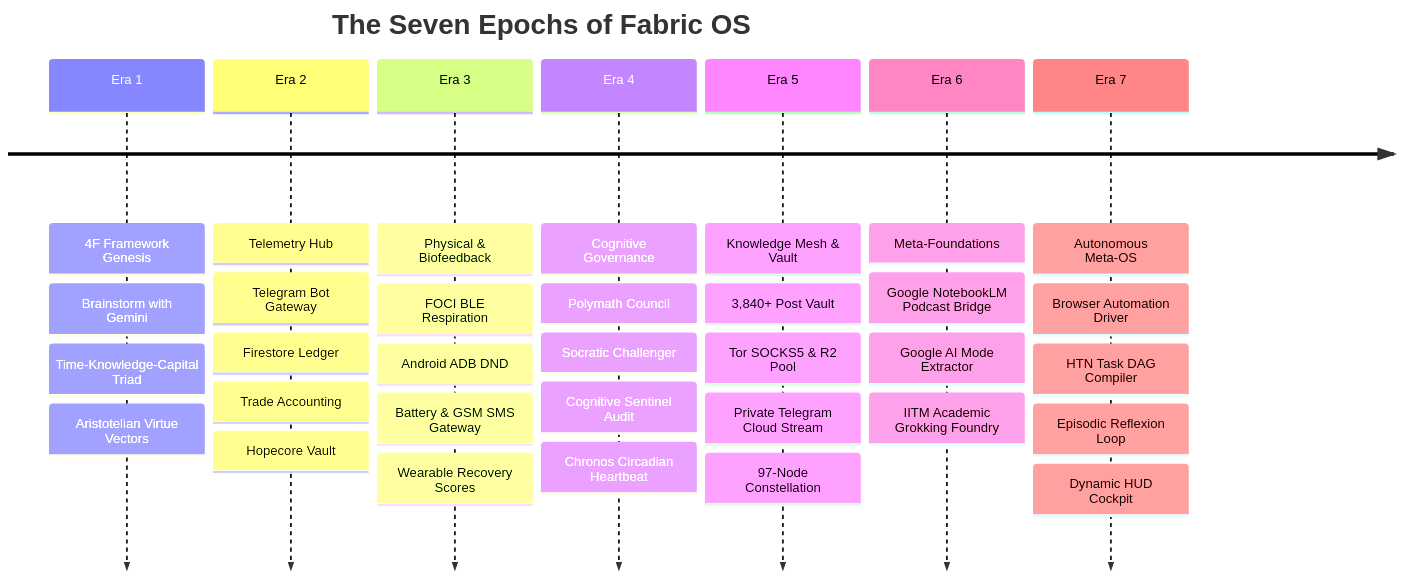
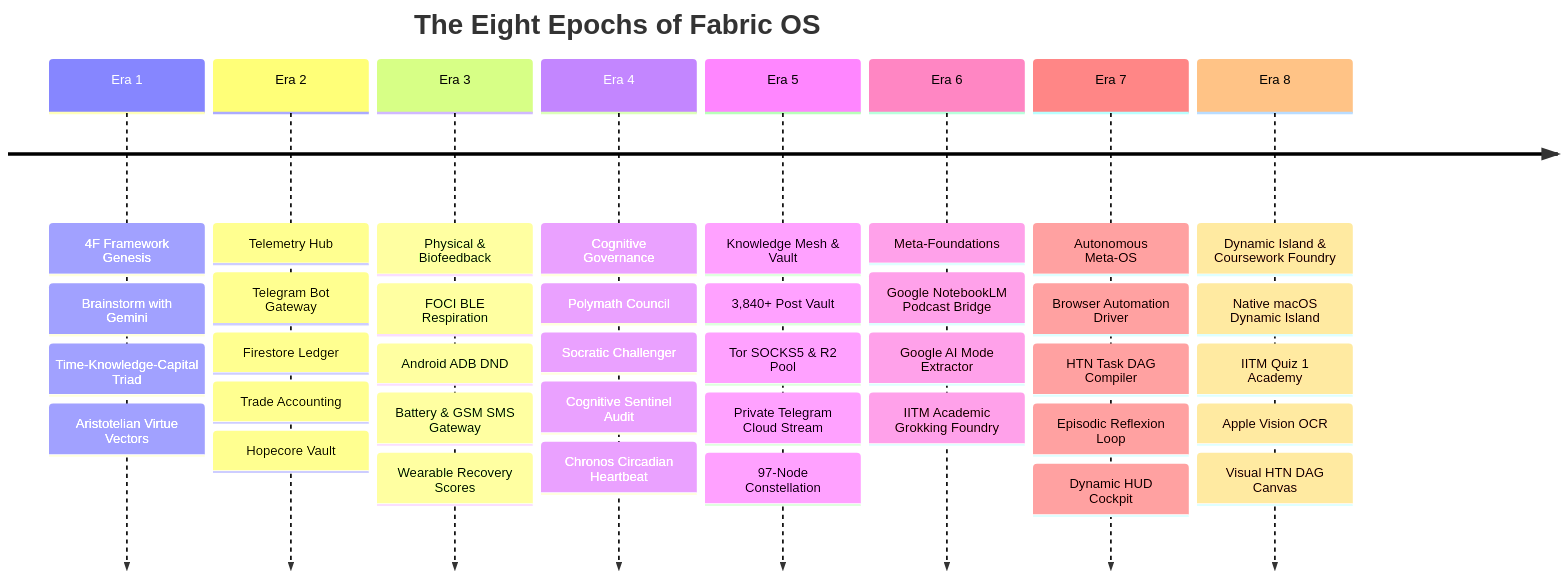
The first of 3 diagrams in docs/EXPLAINABILITY_AND_EVOLUTION.md (holy-script/fabric), drawn with Mermaid before and after one commit. The commit also changed other lines of this file and 3 other files, not shown here.

````diff
--- a/docs/EXPLAINABILITY_AND_EVOLUTION.md
+++ b/docs/EXPLAINABILITY_AND_EVOLUTION.md
@@ -72,11 +72,12 @@
 ```mermaid
 timeline
-    title The Seven Epochs of Fabric OS
+    title The Eight Epochs of Fabric OS
     Era 1 : 4F Framework Genesis : Brainstorm with Gemini : Time-Knowledge-Capital Triad : Aristotelian Virtue Vectors
     Era 2 : Telemetry Hub : Telegram Bot Gateway : Firestore Ledger : Trade Accounting : Hopecore Vault
     Era 3 : Physical & Biofeedback : FOCI BLE Respiration : Android ADB DND : Battery & GSM SMS Gateway : Wearable Recovery Scores
     Era 4 : Cognitive Governance : Polymath Council : Socratic Challenger : Cognitive Sentinel Audit : Chronos Circadian Heartbeat
     Era 5 : Knowledge Mesh & Vault : 3,840+ Post Vault : Tor SOCKS5 & R2 Pool : Private Telegram Cloud Stream : 97-Node Constellation
     Era 6 : Meta-Foundations : Google NotebookLM Podcast Bridge : Google AI Mode Extractor : IITM Academic Grokking Foundry
     Era 7 : Autonomous Meta-OS : Browser Automation Driver : HTN Task DAG Compiler : Episodic Reflexion Loop : Dynamic HUD Cockpit
+    Era 8 : Dynamic Island & Coursework Foundry : Native macOS Dynamic Island : IITM Quiz 1 Academy : Apple Vision OCR : Visual HTN DAG Canvas
 ```
````
